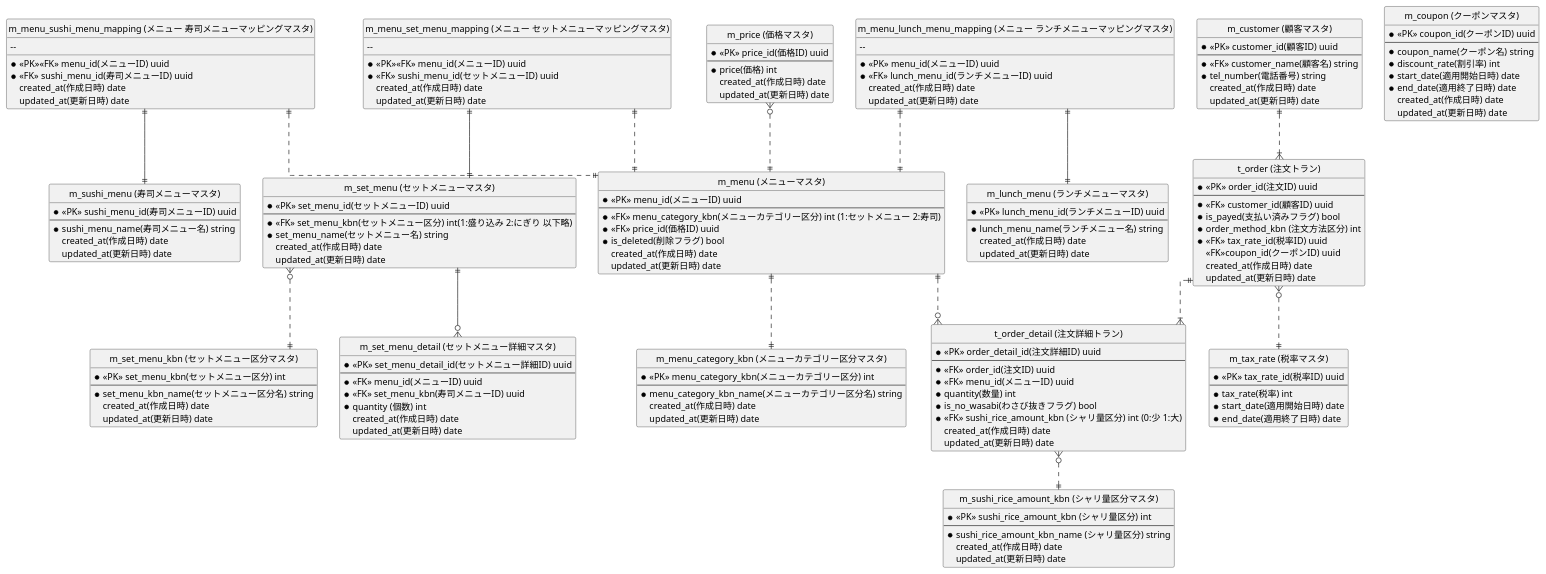
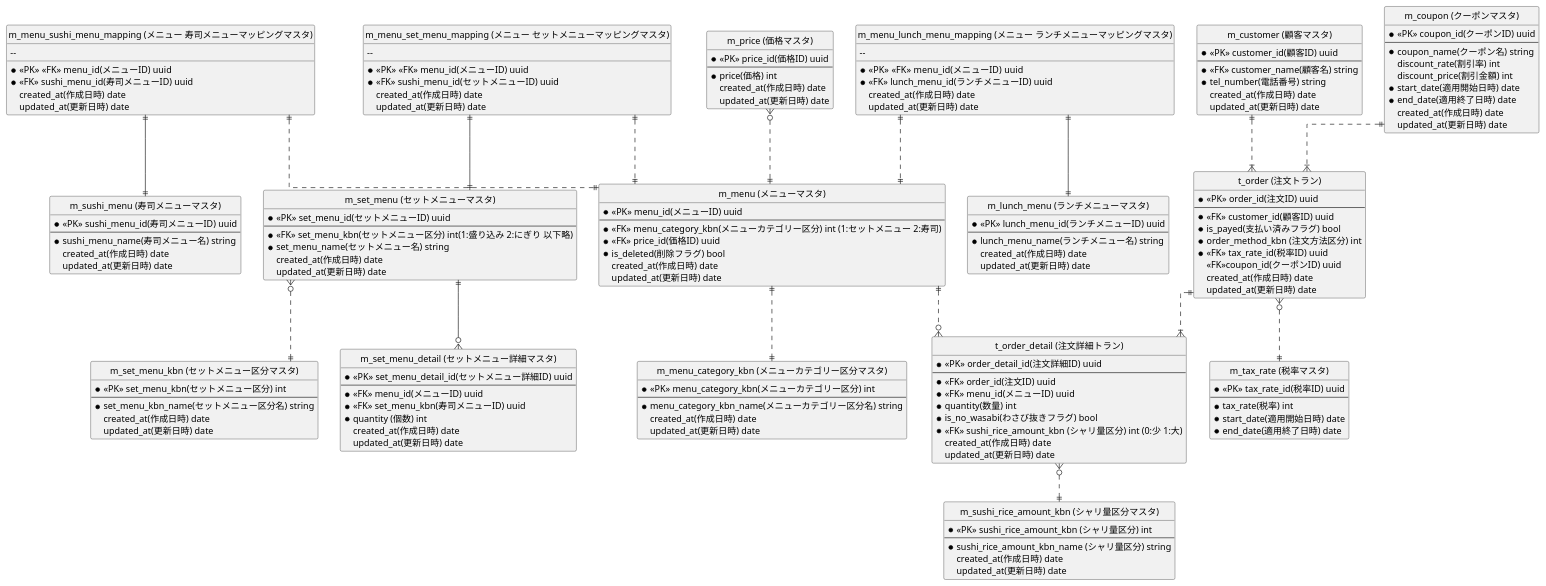
One commit to praha-inc/praha-challenge-7 changed the diagram in 3EoeIxdSDCwWFR/DB/01_modeling/erd.pu. Above: the diagram before and after it, drawn with PlantUML. The commit also changed 1 other file, not shown here.

```diff
--- a/3EoeIxdSDCwWFR/DB/01_modeling/erd.pu
+++ b/3EoeIxdSDCwWFR/DB/01_modeling/erd.pu
@@ -1,176 +1,178 @@
 @startuml test
 hide circle
 skinparam linetype ortho
 
 entity "m_menu (メニューマスタ)" as m_menu {
      * <<PK>> menu_id(メニューID) uuid
      --
      * <<FK>> menu_category_kbn(メニューカテゴリー区分) int (1:セットメニュー 2:寿司)
      * <<FK>> price_id(価格ID) uuid
      * is_deleted(削除フラグ) bool
      created_at(作成日時) date
      updated_at(更新日時) date
  }
 
  entity "m_menu_category_kbn (メニューカテゴリー区分マスタ)" as m_menu_category_kbn {
      * <<PK>> menu_category_kbn(メニューカテゴリー区分) int
      --
      * menu_category_kbn_name(メニューカテゴリー区分名) string
      created_at(作成日時) date
      updated_at(更新日時) date
  }
 
  entity "m_set_menu (セットメニューマスタ)" as m_set_menu {
      * <<PK>> set_menu_id(セットメニューID) uuid
      --
      * <<FK>> set_menu_kbn(セットメニュー区分) int(1:盛り込み 2:にぎり 以下略)
      * set_menu_name(セットメニュー名) string
      created_at(作成日時) date
      updated_at(更新日時) date
  }
 
  entity "m_set_menu_detail (セットメニュー詳細マスタ)" as m_set_menu_detail {
      * <<PK>> set_menu_detail_id(セットメニュー詳細ID) uuid
      --
      * <<FK>> menu_id(メニューID) uuid
      * <<FK>> set_menu_kbn(寿司メニューID) uuid
      * quantity (個数) int
      created_at(作成日時) date
      updated_at(更新日時) date
  }
 
  entity "m_set_menu_kbn (セットメニュー区分マスタ)" as m_set_menu_kbn {
      * <<PK>> set_menu_kbn(セットメニュー区分) int
      --
      * set_menu_kbn_name(セットメニュー区分名) string
      created_at(作成日時) date
      updated_at(更新日時) date
  }
 
  entity "m_menu_sushi_menu_mapping (メニュー 寿司メニューマッピングマスタ)" as m_menu_sushi_menu_mapping {
-     * <<PK>><<FK>> menu_id(メニューID) uuid
+     * <<PK>> <<FK>> menu_id(メニューID) uuid
      -- 
      * <<FK>> sushi_menu_id(寿司メニューID) uuid
      created_at(作成日時) date
      updated_at(更新日時) date
  }
 
  entity "m_menu_set_menu_mapping (メニュー セットメニューマッピングマスタ)" as m_menu_set_menu_mapping {
-     * <<PK>><<FK>> menu_id(メニューID) uuid
+     * <<PK>> <<FK>> menu_id(メニューID) uuid
      -- 
      * <<FK>> sushi_menu_id(セットメニューID) uuid
      created_at(作成日時) date
      updated_at(更新日時) date
  }
 
  entity "m_menu_lunch_menu_mapping (メニュー ランチメニューマッピングマスタ)" as m_menu_lunch_menu_mapping {
-     * <<PK>> menu_id(メニューID) uuid
+     * <<PK>>  <<FK>> menu_id(メニューID) uuid
      -- 
      * <<FK>> lunch_menu_id(ランチメニューID) uuid
      created_at(作成日時) date
      updated_at(更新日時) date
  }
 
  entity "m_sushi_menu (寿司メニューマスタ)" as m_sushi_menu {
      * <<PK>> sushi_menu_id(寿司メニューID) uuid
      --
      * sushi_menu_name(寿司メニュー名) string
      created_at(作成日時) date
      updated_at(更新日時) date
  }
 
  entity "m_lunch_menu (ランチメニューマスタ)" as m_lunch_menu {
      * <<PK>> lunch_menu_id(ランチメニューID) uuid
      --
      * lunch_menu_name(ランチメニュー名) string
      created_at(作成日時) date
      updated_at(更新日時) date
  }
 
  entity "m_price (価格マスタ)" as m_price {
      * <<PK>> price_id(価格ID) uuid
      --
      * price(価格) int
      created_at(作成日時) date
      updated_at(更新日時) date
  }
 
 entity "m_customer (顧客マスタ)" as m_customer {
      * <<PK>> customer_id(顧客ID) uuid
      --
      * <<FK>> customer_name(顧客名) string
      * tel_number(電話番号) string
      created_at(作成日時) date
      updated_at(更新日時) date
  }
 
 entity "t_order (注文トラン)" as t_order {
      * <<PK>> order_id(注文ID) uuid
      --
      * <<FK>> customer_id(顧客ID) uuid
      * is_payed(支払い済みフラグ) bool
      * order_method_kbn (注文方法区分) int
      * <<FK>> tax_rate_id(税率ID) uuid
      <<FK>>coupon_id(クーポンID) uuid
      created_at(作成日時) date
      updated_at(更新日時) date
  }
 
  entity "m_coupon (クーポンマスタ)" as m_coupon {
      * <<PK>> coupon_id(クーポンID) uuid
      --
      * coupon_name(クーポン名) string
-     * discount_rate(割引率) int
+     discount_rate(割引率) int
+     discount_price(割引金額) int
      * start_date(適用開始日時) date
      * end_date(適用終了日時) date
      created_at(作成日時) date
      updated_at(更新日時) date
  }
 
 entity "t_order_detail (注文詳細トラン)" as t_order_detail {
      * <<PK>> order_detail_id(注文詳細ID) uuid
      --
      * <<FK>> order_id(注文ID) uuid
      * <<FK>> menu_id(メニューID) uuid
      * quantity(数量) int
      * is_no_wasabi(わさび抜きフラグ) bool
      * <<FK>> sushi_rice_amount_kbn (シャリ量区分) int (0:少 1:大)
      created_at(作成日時) date
      updated_at(更新日時) date
  }
 
 entity "m_sushi_rice_amount_kbn (シャリ量区分マスタ)" as m_sushi_rice_amount_kbn {
      * <<PK>> sushi_rice_amount_kbn (シャリ量区分) int
      --
      * sushi_rice_amount_kbn_name (シャリ量区分) string
      created_at(作成日時) date
      updated_at(更新日時) date
  }
 
 entity "m_tax_rate (税率マスタ)" as m_tax_rate {
      * <<PK>> tax_rate_id(税率ID) uuid
      --
      * tax_rate(税率) int
      * start_date(適用開始日時) date
      * end_date(適用終了日時) date
  }
 
  t_order ||..|{ t_order_detail
  m_customer ||..|{ t_order
  m_menu ||..|| m_menu_category_kbn
  m_menu_set_menu_mapping ||--|| m_set_menu
  m_menu_sushi_menu_mapping ||--|| m_sushi_menu
  m_menu_lunch_menu_mapping ||--|| m_lunch_menu
  m_menu ||..o{ t_order_detail
  m_set_menu }o..|| m_set_menu_kbn
  t_order }o..|| m_tax_rate 
  m_price }o..|| m_menu
  t_order_detail }o..|| m_sushi_rice_amount_kbn
  m_set_menu ||--o{ m_set_menu_detail
  m_menu_sushi_menu_mapping ||..|| m_menu
  m_menu_set_menu_mapping ||..|| m_menu
  m_menu_lunch_menu_mapping ||..||m_menu
+ m_coupon ||..|{ t_order
 
 
 
 @enduml
```
